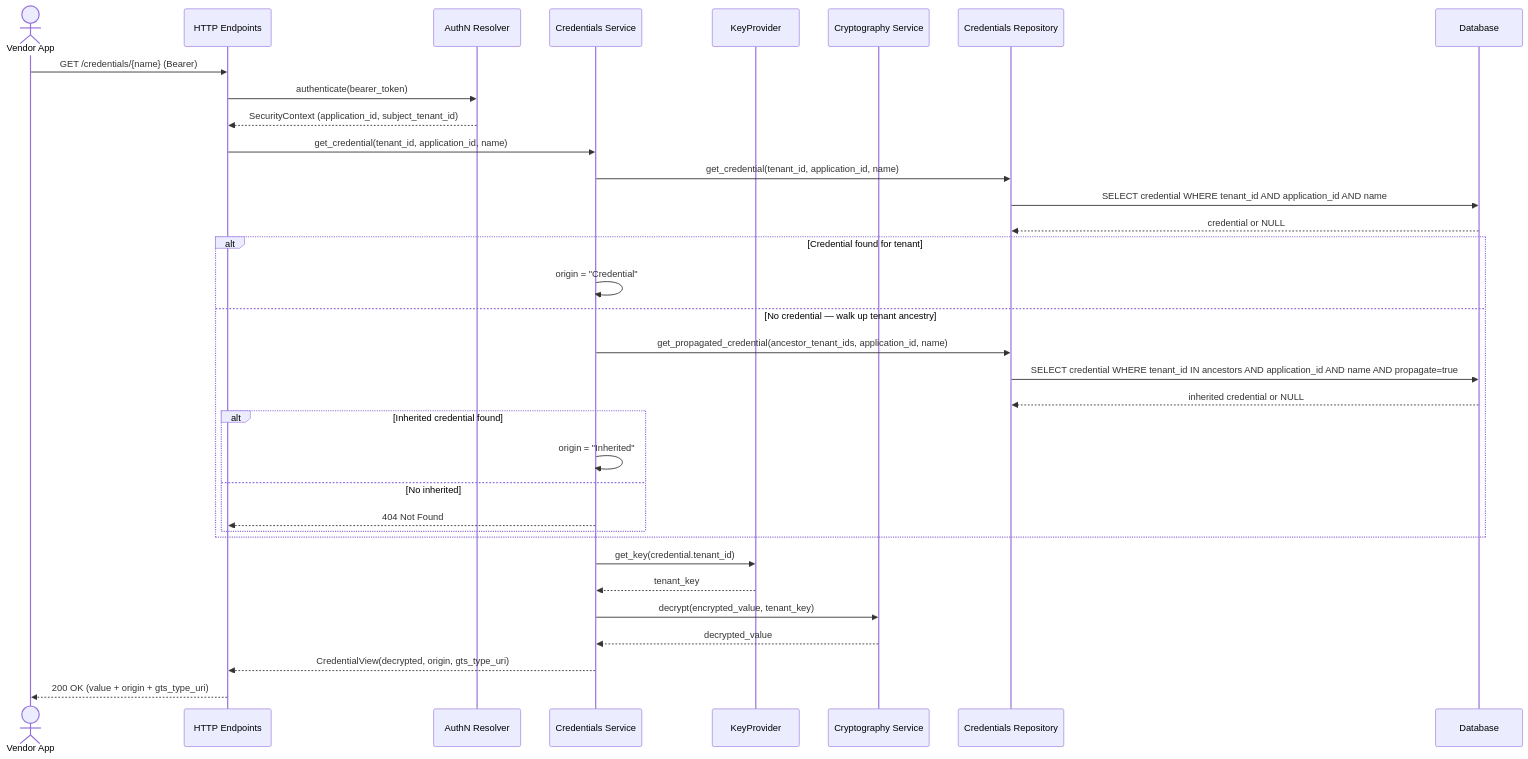
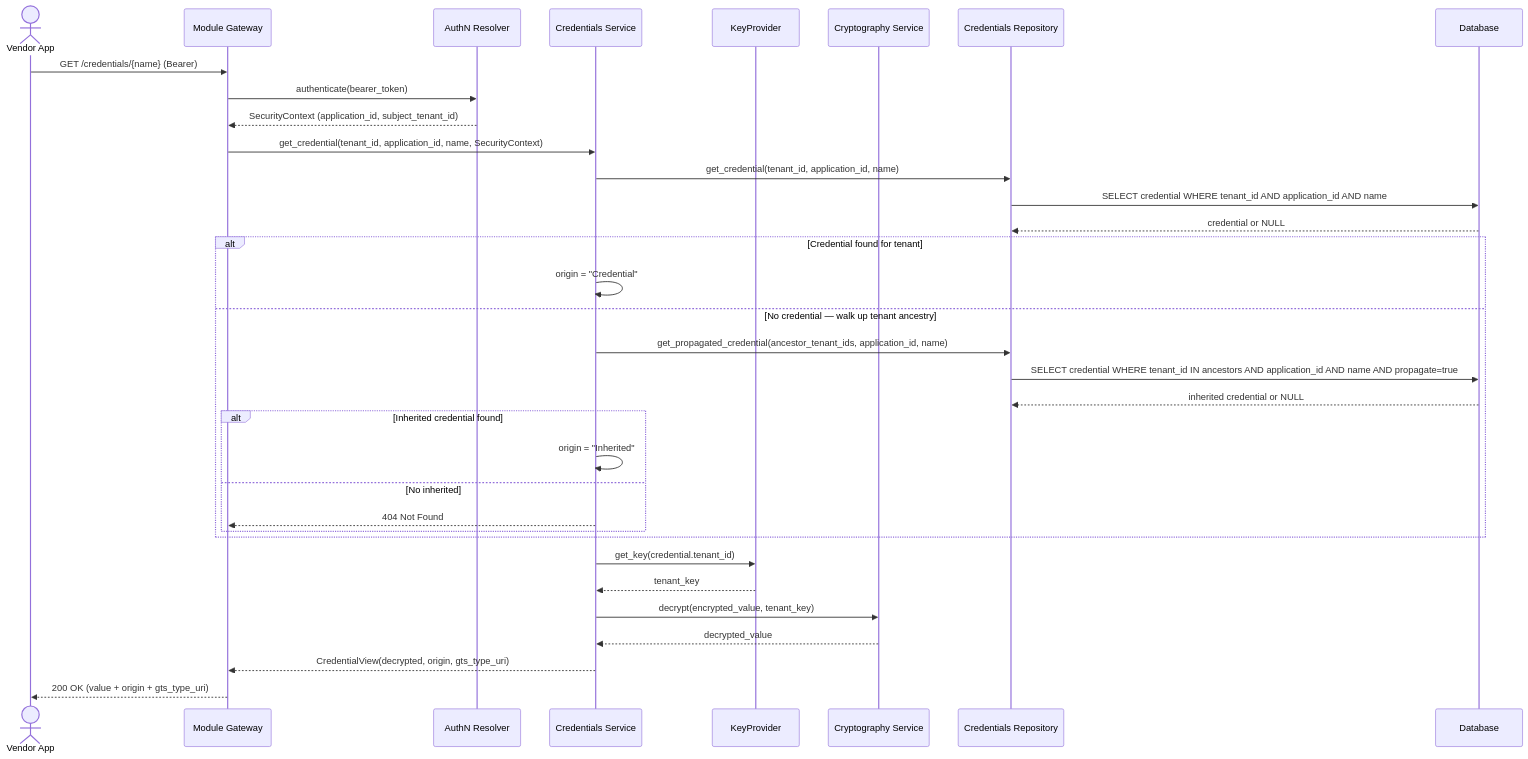
One commit to nullhypothesic/cyberfabric-core changed the third of 3 diagrams in modules/credstore/plugins/credentials-storage/DESIGN.md. Above: the diagram before and after it, drawn with Mermaid. The commit also changed other lines of this file and 2 other files, not shown here.

````diff
--- a/modules/credstore/plugins/credentials-storage/DESIGN.md
+++ b/modules/credstore/plugins/credentials-storage/DESIGN.md
@@ -464,39 +456,39 @@
 ```mermaid
 sequenceDiagram
     actor App as Vendor App
-    participant API as HTTP Endpoints
+    participant GW as Module Gateway
     participant AuthN as AuthN Resolver
     participant Svc as Credentials Service
     participant KP as KeyProvider
     participant Crypto as Cryptography Service
     participant Repo as Credentials Repository
     participant DB as Database
 
-    App->>API: GET /credentials/{name} (Bearer)
-    API->>AuthN: authenticate(bearer_token)
-    AuthN-->>API: SecurityContext (application_id, subject_tenant_id)
-    API->>Svc: get_credential(tenant_id, application_id, name)
+    App->>GW: GET /credentials/{name} (Bearer)
+    GW->>AuthN: authenticate(bearer_token)
+    AuthN-->>GW: SecurityContext (application_id, subject_tenant_id)
+    GW->>Svc: get_credential(tenant_id, application_id, name, SecurityContext)
     Svc->>Repo: get_credential(tenant_id, application_id, name)
     Repo->>DB: SELECT credential WHERE tenant_id AND application_id AND name
     DB-->>Repo: credential or NULL
 
     alt Credential found for tenant
         Svc->>Svc: origin = "Credential"
     else No credential — walk up tenant ancestry
         Svc->>Repo: get_propagated_credential(ancestor_tenant_ids, application_id, name)
         Repo->>DB: SELECT credential WHERE tenant_id IN ancestors AND application_id AND name AND propagate=true
         DB-->>Repo: inherited credential or NULL
         alt Inherited credential found
             Svc->>Svc: origin = "Inherited"
         else No inherited
-            Svc-->>API: 404 Not Found
+            Svc-->>GW: 404 Not Found
         end
     end
 
     Svc->>KP: get_key(credential.tenant_id)
     KP-->>Svc: tenant_key
     Svc->>Crypto: decrypt(encrypted_value, tenant_key)
     Crypto-->>Svc: decrypted_value
-    Svc-->>API: CredentialView(decrypted, origin, gts_type_uri)
-    API-->>App: 200 OK (value + origin + gts_type_uri)
+    Svc-->>GW: CredentialView(decrypted, origin, gts_type_uri)
+    GW-->>App: 200 OK (value + origin + gts_type_uri)
 ```
````
